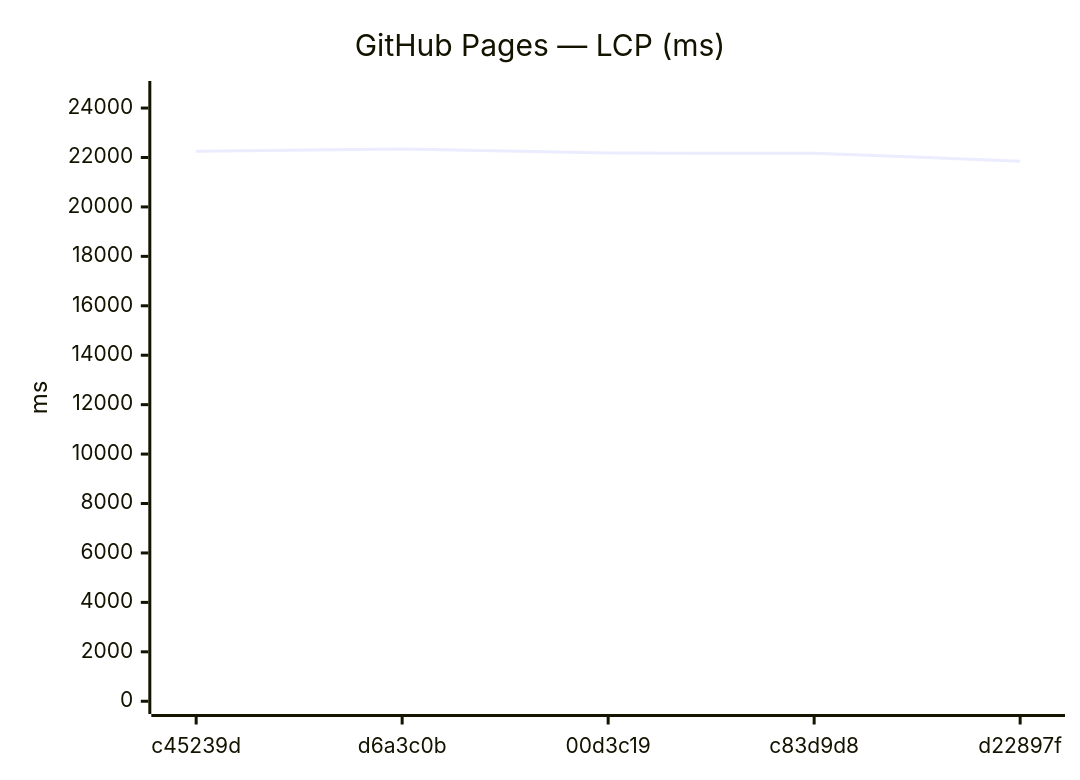
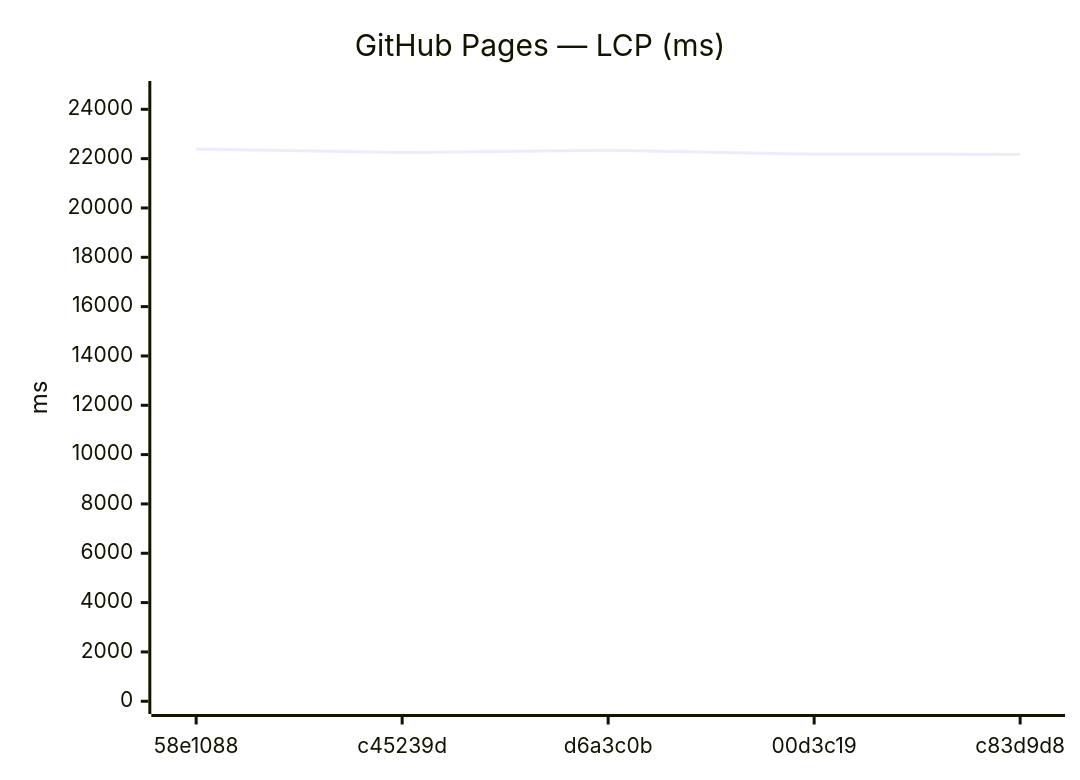
The ninth of 18 diagrams in benchmarks/compare.md (Metaheurist/Rianell), drawn with Mermaid before and after one commit. The commit also changed other lines of this file and 11 other files, not shown here.

````diff
--- a/benchmarks/compare.md
+++ b/benchmarks/compare.md
@@ -142,7 +142,7 @@
 ```mermaid
 xychart-beta
     title "GitHub Pages — LCP (ms)"
-    x-axis ["c45239d", "d6a3c0b", "00d3c19", "c83d9d8", "d22897f"]
-    y-axis "ms" 0 --> 24579
-    line [22250, 22344, 22178, 22170, 21853]
+    x-axis ["58e1088", "c45239d", "d6a3c0b", "00d3c19", "c83d9d8"]
+    y-axis "ms" 0 --> 24631
+    line [22391, 22250, 22344, 22178, 22170]
 ```
````
